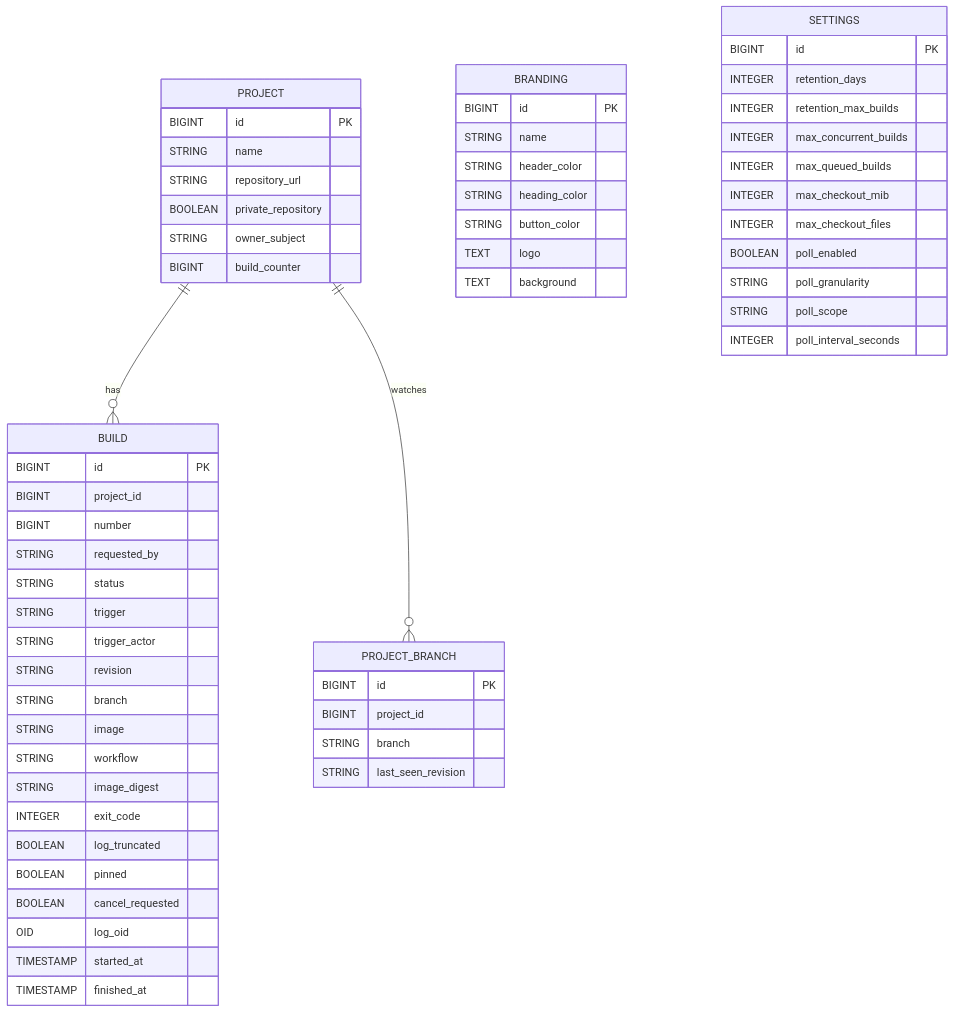
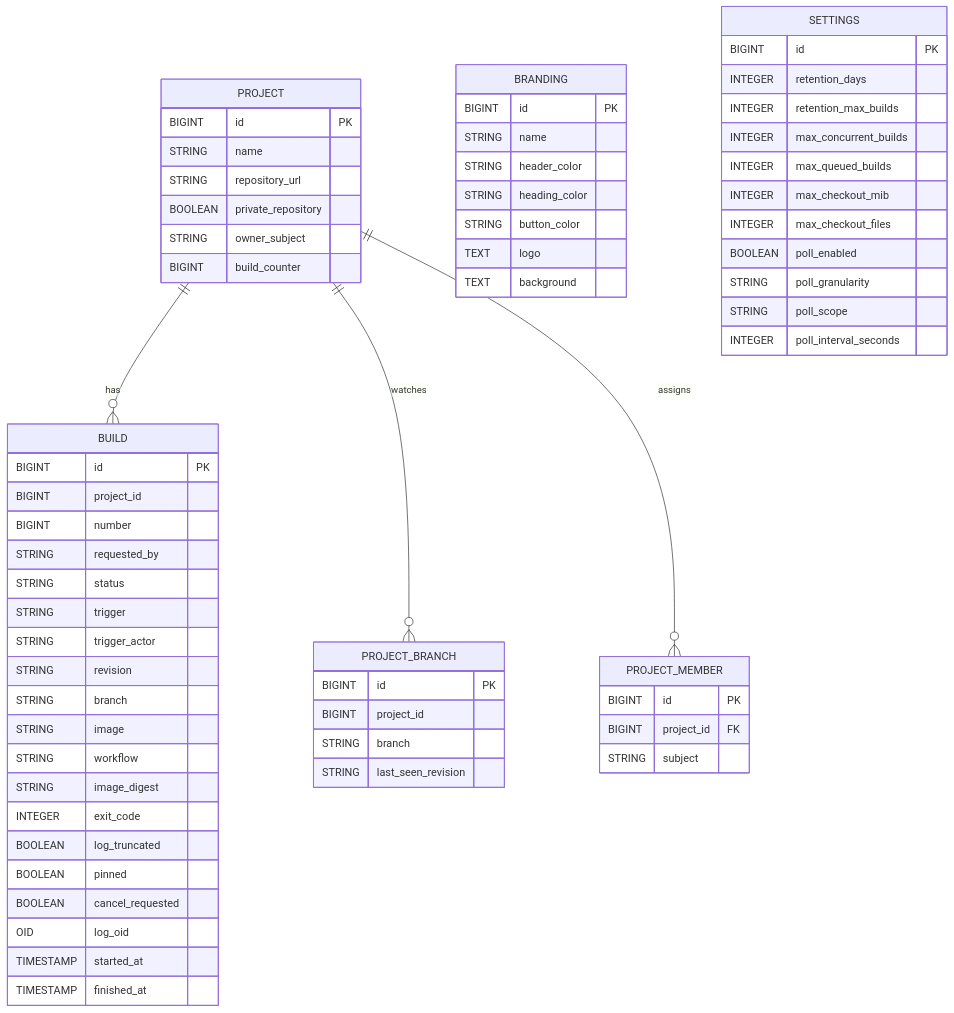
Before and after one commit to Mohamed-Alkafory/cisys: the diagram in docs/entity-diagram.md, drawn with Mermaid. The commit also changed other lines of this file and 22 other files, not shown here.

````diff
--- a/docs/entity-diagram.md
+++ b/docs/entity-diagram.md
@@ -5,67 +5,74 @@
 ```mermaid
 erDiagram
     PROJECT {
         BIGINT id PK
         STRING name
         STRING repository_url
         BOOLEAN private_repository
         STRING owner_subject
         BIGINT build_counter
     }
 
     BUILD {
         BIGINT id PK
         BIGINT project_id
         BIGINT number
         STRING requested_by
         STRING status
         STRING trigger
         STRING trigger_actor
         STRING revision
         STRING branch
         STRING image
         STRING workflow
         STRING image_digest
         INTEGER exit_code
         BOOLEAN log_truncated
         BOOLEAN pinned
         BOOLEAN cancel_requested
         OID log_oid
         TIMESTAMP started_at
         TIMESTAMP finished_at
     }
 
     PROJECT_BRANCH {
         BIGINT id PK
         BIGINT project_id
         STRING branch
         STRING last_seen_revision
     }
 
     BRANDING {
         BIGINT id PK
         STRING name
         STRING header_color
         STRING heading_color
         STRING button_color
         TEXT logo
         TEXT background
     }
 
     SETTINGS {
         BIGINT id PK
         INTEGER retention_days
         INTEGER retention_max_builds
         INTEGER max_concurrent_builds
         INTEGER max_queued_builds
         INTEGER max_checkout_mib
         INTEGER max_checkout_files
         BOOLEAN poll_enabled
         STRING poll_granularity
         STRING poll_scope
         INTEGER poll_interval_seconds
     }
 
+    PROJECT_MEMBER {
+        BIGINT id PK
+        BIGINT project_id FK
+        STRING subject
+    }
+
     PROJECT ||--o{ BUILD : has
     PROJECT ||--o{ PROJECT_BRANCH : watches
+    PROJECT ||--o{ PROJECT_MEMBER : assigns
 ```
````
